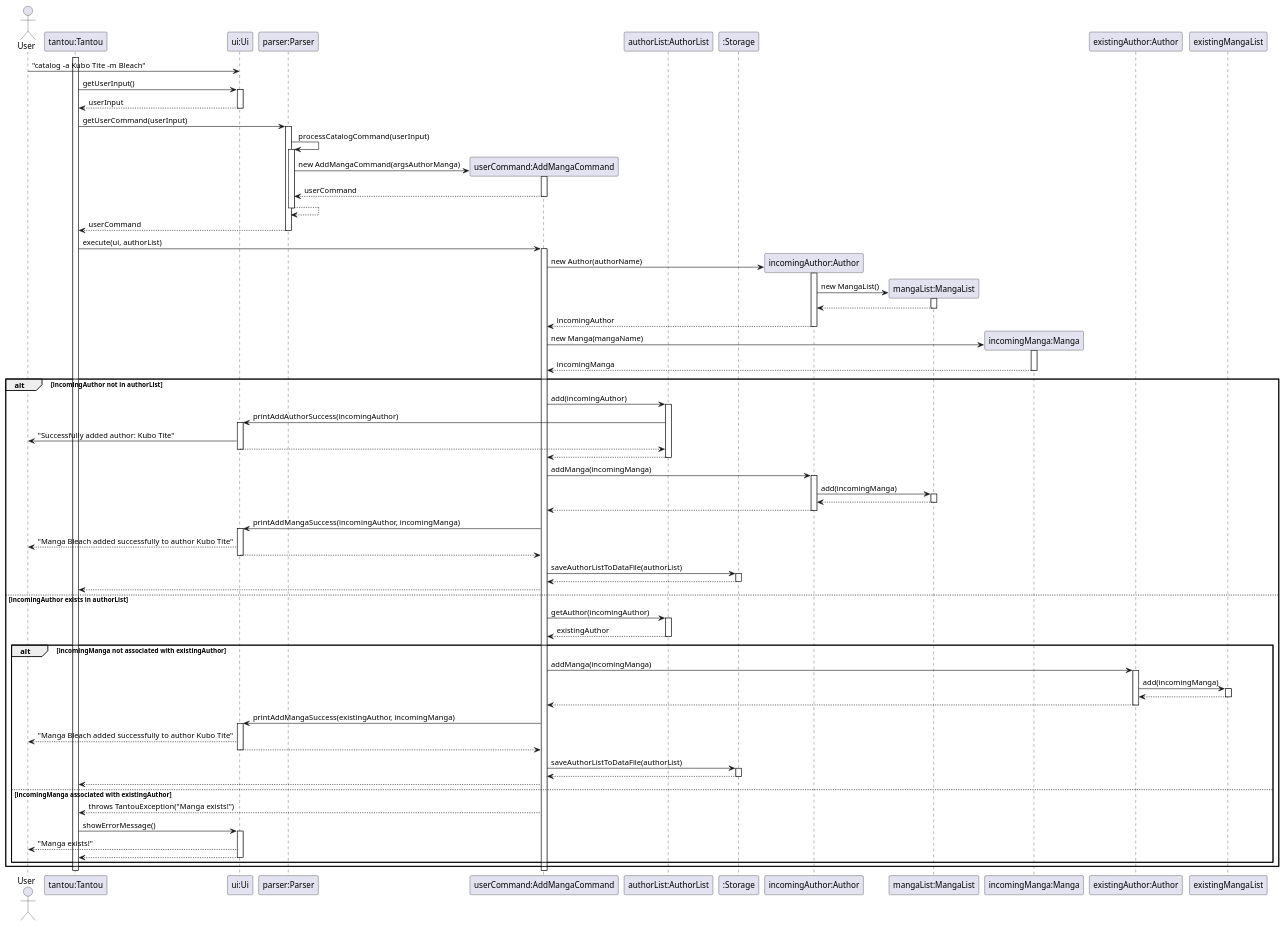
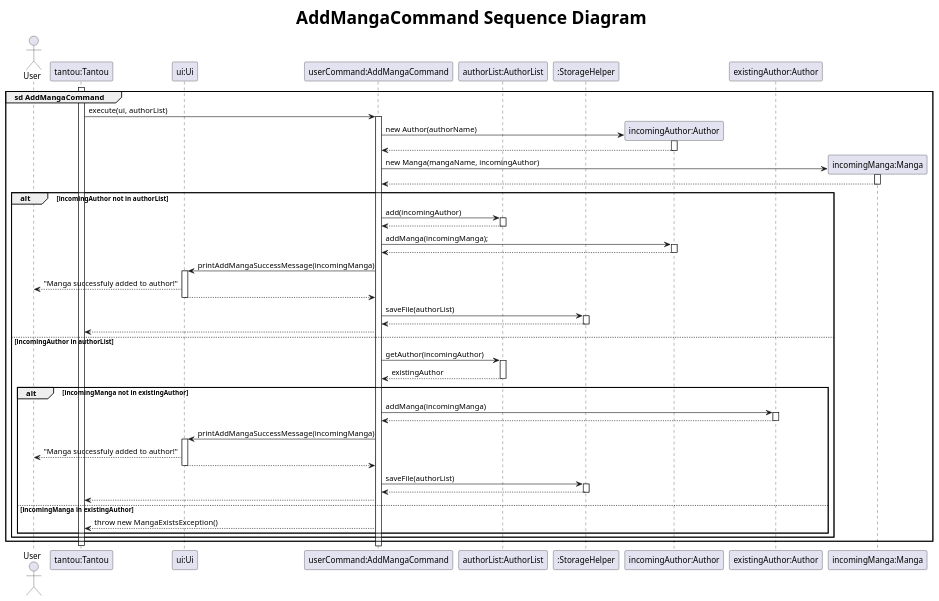
Before and after one commit to xenthm/tp: the diagram in docs/uml/puml/AddMangaSequence.puml, drawn with PlantUML. The commit also changed 2 other files, not shown here.

Commit message:
Update AddMangaCommand sequence diagram

```diff
--- a/docs/uml/puml/AddMangaSequence.puml
+++ b/docs/uml/puml/AddMangaSequence.puml
@@ -1,144 +1,86 @@
 @startuml
+autoactivate off
+title <size:30> AddMangaCommand Sequence Diagram
+
 actor User
 participant "tantou:Tantou" as tantou
 participant "ui:Ui" as ui
-participant "parser:Parser" as parser
 participant "userCommand:AddMangaCommand" as userCommand
 participant "authorList:AuthorList" as authorList
-participant ":Storage" as storage
+participant ":StorageHelper" as storage
 participant "incomingAuthor:Author" as author
-participant "mangaList:MangaList" as mangaList
+participant "existingAuthor:Author" as existingAuthor
 participant "incomingManga:Manga" as manga
-participant "existingAuthor:Author" as existingAuthor
-participant "existingMangaList" as existingMangaList
 
-' Simulate adding author with "catalog -a Kubo Tite -m Bleach"
 activate tantou
-User -> ui: "catalog -a Kubo Tite -m Bleach"
+group sd AddMangaCommand
 
-' Get userInput
-tantou -> ui: getUserInput()
-activate ui
-ui --> tantou: userInput
-deactivate ui
+    tantou -> userCommand : execute(ui, authorList)
+    activate userCommand
 
-' getUserCommand (AddAuthorCommand)
-tantou -> parser: getUserCommand(userInput)
-activate parser
-
-' Self call to process userInput
-parser -> parser: processCatalogCommand(userInput)
-
-' Parser invokes constructor of AddAuthorCommand
-activate parser
-
-' Construction
-create userCommand
-parser -> userCommand : new AddMangaCommand(argsAuthorManga)
-activate userCommand
-userCommand --> parser: userCommand
-deactivate userCommand
-
-' More like a return control situation since it is a self call
-parser --> parser
-deactivate parser
-parser --> tantou: userCommand
-deactivate parser
-
-' Execution of command
-tantou -> userCommand: execute(ui, authorList)
-activate userCommand
-
-' Construction of author
-create author
-userCommand -> author: new Author(authorName)
-activate author
-create mangaList
-author -> mangaList: new MangaList()
-activate mangaList
-mangaList --> author
-deactivate mangaList
-author --> userCommand: incomingAuthor
-deactivate author
-
-' Construction of Manga
-create manga
-userCommand -> manga: new Manga(mangaName)
-activate manga
-manga --> userCommand: incomingManga
-deactivate manga
-
-' Control flow
-alt incomingAuthor not in authorList
-
-    userCommand -> authorList: add(incomingAuthor)
-    activate authorList
-    authorList -> ui: printAddAuthorSuccess(incomingAuthor)
-    activate ui
-    ui -> User: "Successfully added author: Kubo Tite"
-    ui --> authorList
-    deactivate ui
-    authorList --> userCommand
-    deactivate authorList
-
-    userCommand -> author: addManga(incomingManga)
+    create author
+    userCommand -> author : new Author(authorName)
     activate author
-    author -> mangaList: add(incomingManga)
-    activate mangaList
-    mangaList --> author
-    deactivate mangaList
     author --> userCommand
     deactivate author
 
-    userCommand -> ui: printAddMangaSuccess(incomingAuthor, incomingManga)
-    activate ui
-    ui --> User: "Manga Bleach added successfully to author Kubo Tite"
-    ui --> userCommand
-    deactivate ui
+    create manga
+    userCommand -> manga : new Manga(mangaName, incomingAuthor)
+    activate manga
+    manga --> userCommand
+    deactivate manga
 
-    userCommand -> storage: saveAuthorListToDataFile(authorList)
-    activate storage
-    storage --> userCommand
-    deactivate storage
-    userCommand --> tantou
+    alt incomingAuthor not in authorList
+        userCommand -> authorList : add(incomingAuthor)
+        activate authorList
+        authorList --> userCommand
+        deactivate authorList
 
-else incomingAuthor exists in authorList
-    userCommand -> authorList: getAuthor(incomingAuthor)
-    activate authorList
-    authorList --> userCommand: existingAuthor
-    deactivate authorList
+        userCommand -> author : addManga(incomingManga);
+        activate author
+        author --> userCommand
+        deactivate author
 
-    alt incomingManga not associated with existingAuthor
-        userCommand -> existingAuthor: addManga(incomingManga)
-        activate existingAuthor
-        existingAuthor -> existingMangaList: add(incomingManga)
-        activate existingMangaList
-        existingMangaList --> existingAuthor
-        deactivate existingMangaList
-        existingAuthor --> userCommand
-        deactivate existingAuthor
-
-        userCommand -> ui: printAddMangaSuccess(existingAuthor, incomingManga)
+        userCommand -> ui : printAddMangaSuccessMessage(incomingManga)
         activate ui
-        ui --> User: "Manga Bleach added successfully to author Kubo Tite"
+        ui --> User : "Manga successfuly added to author!"
         ui --> userCommand
         deactivate ui
 
-        userCommand -> storage: saveAuthorListToDataFile(authorList)
+        userCommand -> storage : saveFile(authorList)
         activate storage
         storage --> userCommand
         deactivate storage
         userCommand --> tantou
 
-    else incomingManga associated with existingAuthor
-        userCommand --> tantou: throws TantouException("Manga exists!")
-        tantou -> ui: showErrorMessage()
-        activate ui
-        ui --> User: "Manga exists!"
-        ui --> tantou
-        deactivate ui
+    else incomingAuthor in authorList
+        userCommand -> authorList : getAuthor(incomingAuthor)
+        activate authorList
+        authorList --> userCommand : existingAuthor
+        deactivate authorList
+
+        alt incomingManga not in existingAuthor
+            userCommand -> existingAuthor : addManga(incomingManga)
+            activate existingAuthor
+            existingAuthor --> userCommand
+            deactivate existingAuthor
+
+            userCommand -> ui : printAddMangaSuccessMessage(incomingManga)
+            activate ui
+            ui --> User : "Manga successfuly added to author!"
+            ui --> userCommand
+            deactivate ui
+
+            userCommand -> storage : saveFile(authorList)
+            activate storage
+            storage --> userCommand
+            deactivate storage
+            userCommand --> tantou
+        else incomingManga in existingAuthor
+            userCommand --> tantou : throw new MangaExistsException()
+        end
     end
 end
-deactivate userCommand
 deactivate tantou
+autoactivate on
 @enduml
```
